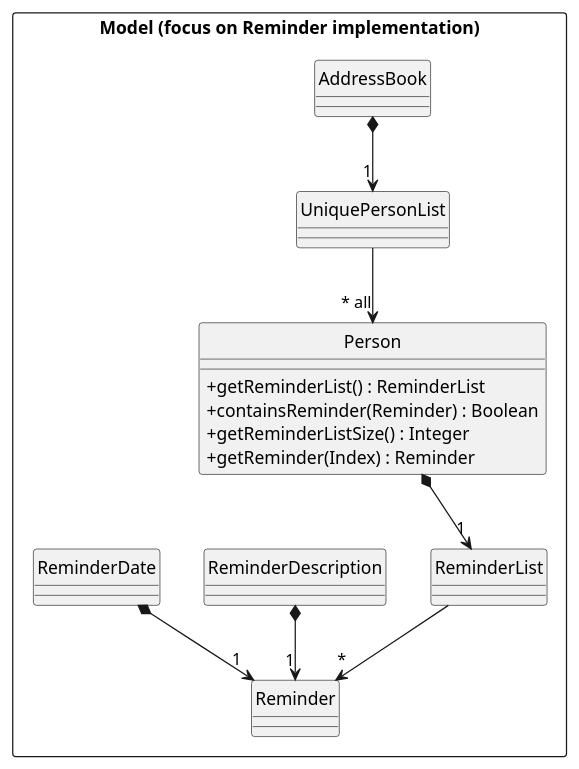
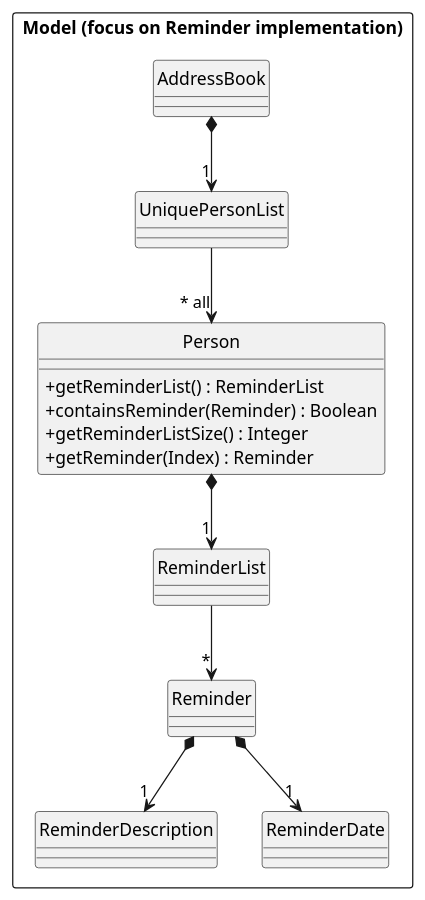
One commit to pyk595/tp changed the diagram in docs/diagrams/ModelReminder.puml. Above: the diagram before and after it, drawn with PlantUML.

Commit message:
Fix UML diagram

```diff
--- a/docs/diagrams/ModelReminder.puml
+++ b/docs/diagrams/ModelReminder.puml
@@ -1,30 +1,30 @@
 @startuml
 hide circle
 skinparam classAttributeIconSize 0
 Package "Model (focus on Reminder implementation)" <<Rectangle>>{
 
 class AddressBook {
 }
 
 class Person {
 +getReminderList() : ReminderList
 +containsReminder(Reminder) : Boolean
 +getReminderListSize() : Integer
 +getReminder(Index) : Reminder
 }
 
 class ReminderList
 class Reminder
 class ReminderDescription
 class ReminderDate
 class UniquePersonList
 
 }
 
 AddressBook *--> "1" UniquePersonList
 UniquePersonList --> "~* all" Person
 Person *-down-> "1" ReminderList
 ReminderList --> "*" Reminder
-ReminderDescription *-down-> "1" Reminder
-ReminderDate *-down-> "1" Reminder
+Reminder *-down-> "1" ReminderDescription
+Reminder *-down-> "1" ReminderDate
 @enduml
```
